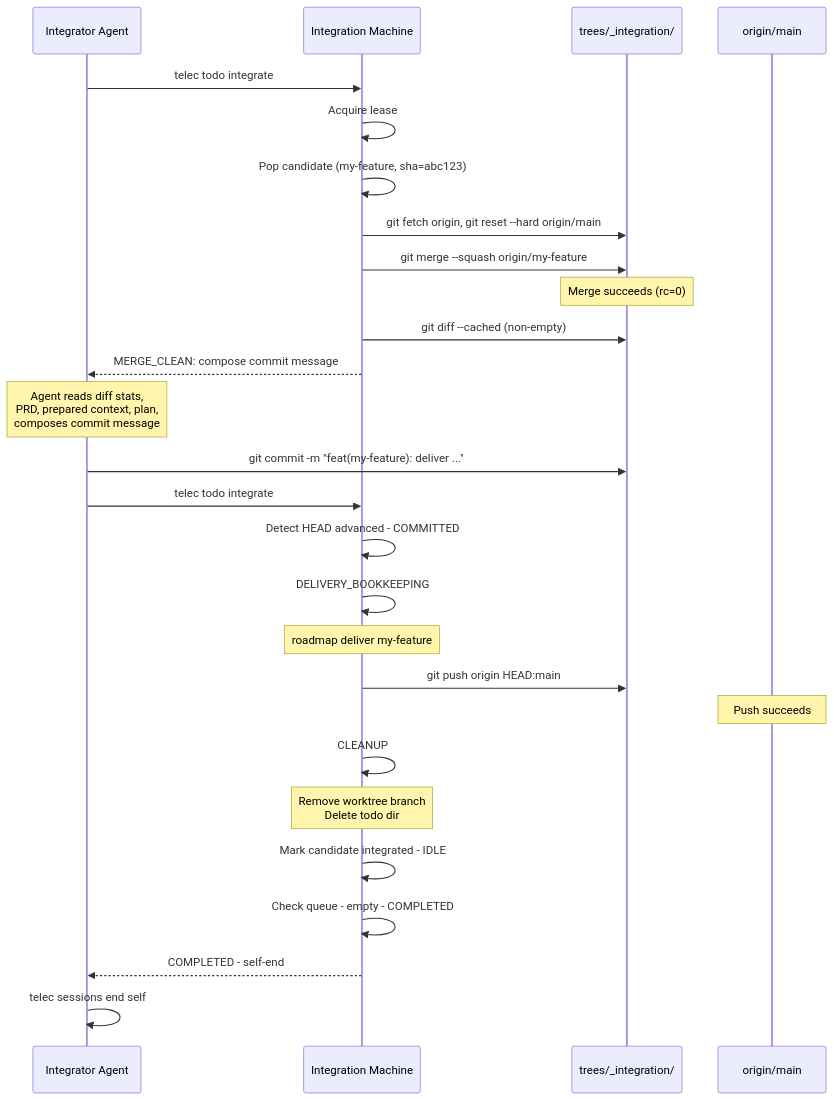
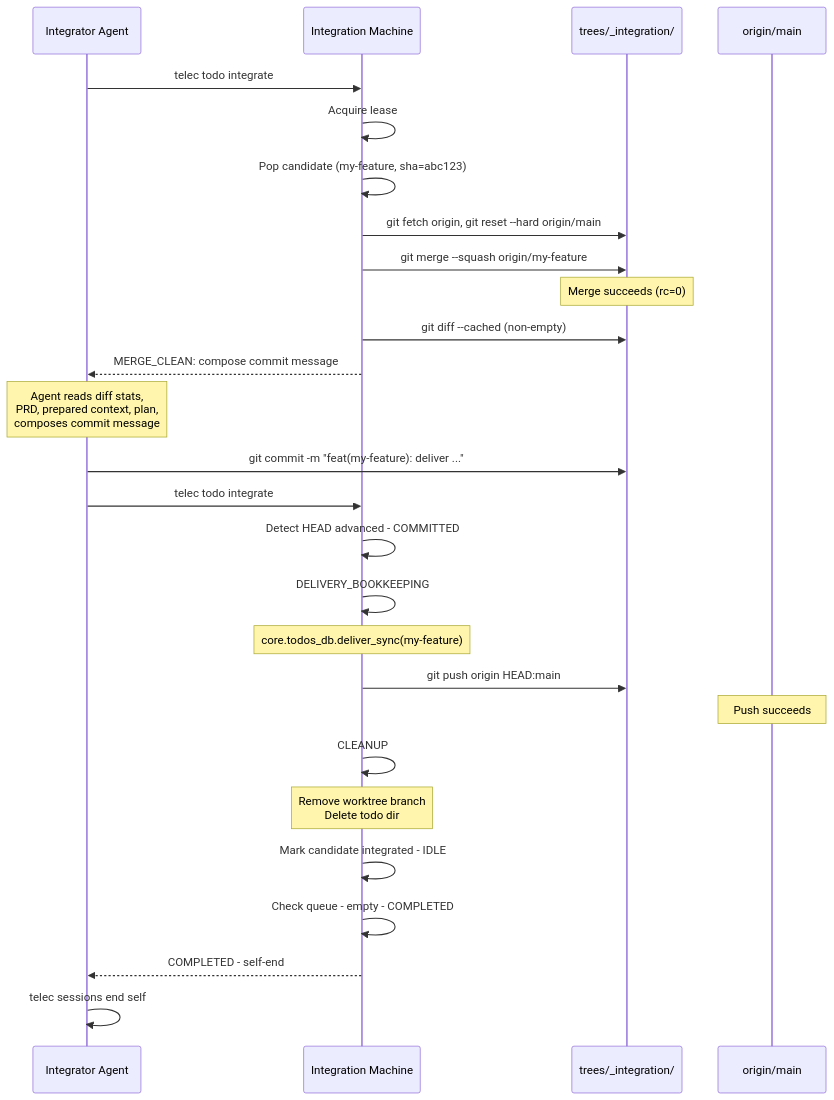
One commit to InstruktAI/TeleClaude changed the fourth of 12 diagrams in docs/project/design/architecture/integration-state-machine.md. Above: the diagram before and after it, drawn with Mermaid. The commit also changed other lines of this file and 74 other files, not shown here.

First line of the commit message:
refactor(todo-ordering-and-roadmap-namespace-collapse): collapse roadmap CLI into todo + derive section ordering

````diff
--- a/docs/project/design/architecture/integration-state-machine.md
+++ b/docs/project/design/architecture/integration-state-machine.md
@@ -259,33 +260,33 @@
 ```mermaid
 sequenceDiagram
     participant Agent as Integrator Agent
     participant SM as Integration Machine
     participant WT as trees/_integration/
     participant Origin as origin/main
 
     Agent->>SM: telec todo integrate
     SM->>SM: Acquire lease
     SM->>SM: Pop candidate (my-feature, sha=abc123)
     SM->>WT: git fetch origin, git reset --hard origin/main
     SM->>WT: git merge --squash origin/my-feature
     Note over WT: Merge succeeds (rc=0)
     SM->>WT: git diff --cached (non-empty)
     SM-->>Agent: MERGE_CLEAN: compose commit message
 
     Note over Agent: Agent reads diff stats,<br/>PRD, prepared context, plan,<br/>composes commit message
     Agent->>WT: git commit -m "feat(my-feature): deliver ..."
     Agent->>SM: telec todo integrate
 
     SM->>SM: Detect HEAD advanced - COMMITTED
     SM->>SM: DELIVERY_BOOKKEEPING
-    Note over SM: roadmap deliver my-feature
+    Note over SM: core.todos_db.deliver_sync(my-feature)
     SM->>WT: git push origin HEAD:main
     Note over Origin: Push succeeds
 
     SM->>SM: CLEANUP
     Note over SM: Remove worktree branch<br/>Delete todo dir
     SM->>SM: Mark candidate integrated - IDLE
     SM->>SM: Check queue - empty - COMPLETED
     SM-->>Agent: COMPLETED - self-end
     Agent->>Agent: telec sessions end self
 ```
````
